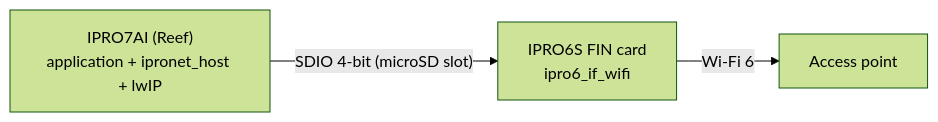
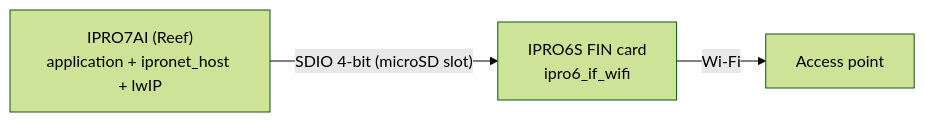
Before and after one commit to INTELPRO-INC/ipro-sdk-docs: the diagram in docs/en/hardware/chips/ipro6s.md, drawn with Mermaid (forest theme). The commit also changed other lines of this file and 173 other files, not shown here.

````diff
--- a/docs/en/hardware/chips/ipro6s.md
+++ b/docs/en/hardware/chips/ipro6s.md
@@ -204,5 +204,5 @@
 ```mermaid
 flowchart LR
     A["IPRO7AI (Reef)<br/>application + ipronet_host + lwIP"] -- "SDIO 4-bit (microSD slot)" --> B["IPRO6S FIN card<br/>ipro6_if_wifi"]
-    B -- "Wi-Fi 6" --> C["Access point"]
+    B -- "Wi-Fi" --> C["Access point"]
 ```
````
